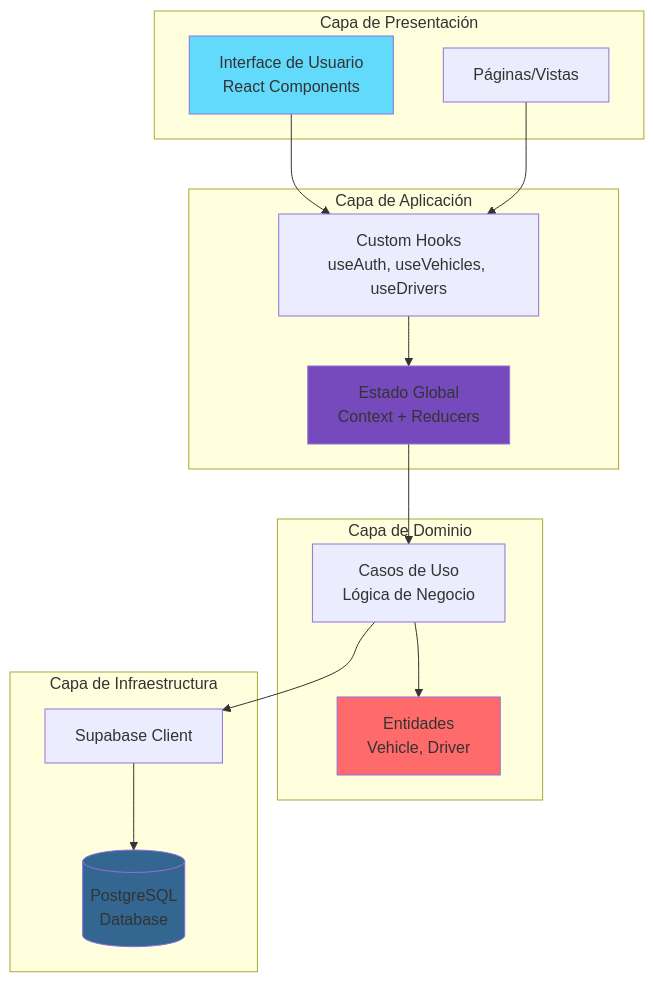
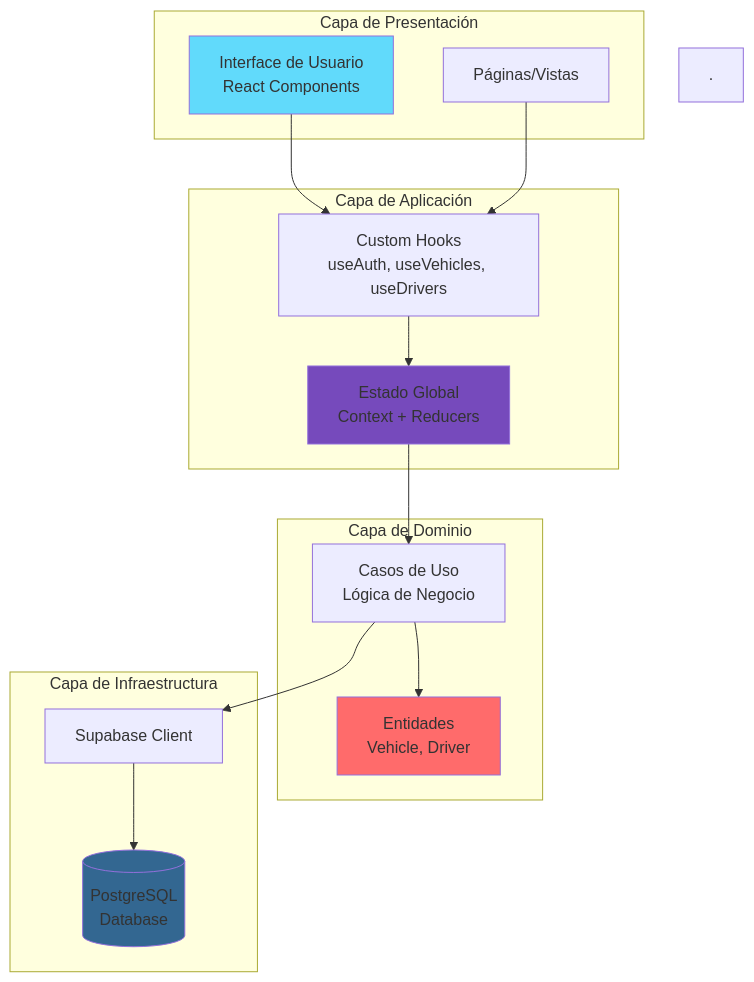
The first of 10 diagrams in docs/diagramas/Arquitectura_Sistema.md (CamiloTriana75/FlotaVehicular), drawn with Mermaid before and after one commit. The commit also changed other lines of this file and 2 other files, not shown here.

````diff
--- a/docs/diagramas/Arquitectura_Sistema.md
+++ b/docs/diagramas/Arquitectura_Sistema.md
@@ -7,35 +7,36 @@
 ```mermaid
 graph TB
     subgraph "Capa de Presentación"
         UI[Interface de Usuario<br/>React Components]
         Pages[Páginas/Vistas]
     end
-    
+
     subgraph "Capa de Aplicación"
         Hooks[Custom Hooks<br/>useAuth, useVehicles, useDrivers]
         Store[Estado Global<br/>Context + Reducers]
     end
-    
+    .
+
     subgraph "Capa de Dominio"
         Entities[Entidades<br/>Vehicle, Driver]
         UseCases[Casos de Uso<br/>Lógica de Negocio]
     end
-    
+
     subgraph "Capa de Infraestructura"
         API[Supabase Client]
         DB[(PostgreSQL<br/>Database)]
     end
-    
+
     UI --> Hooks
     Pages --> Hooks
     Hooks --> Store
     Store --> UseCases
     UseCases --> Entities
     UseCases --> API
     API --> DB
-    
+
     style UI fill:#61DAFB
     style Store fill:#764ABC
     style Entities fill:#FF6B6B
     style DB fill:#336791
 ```
````
